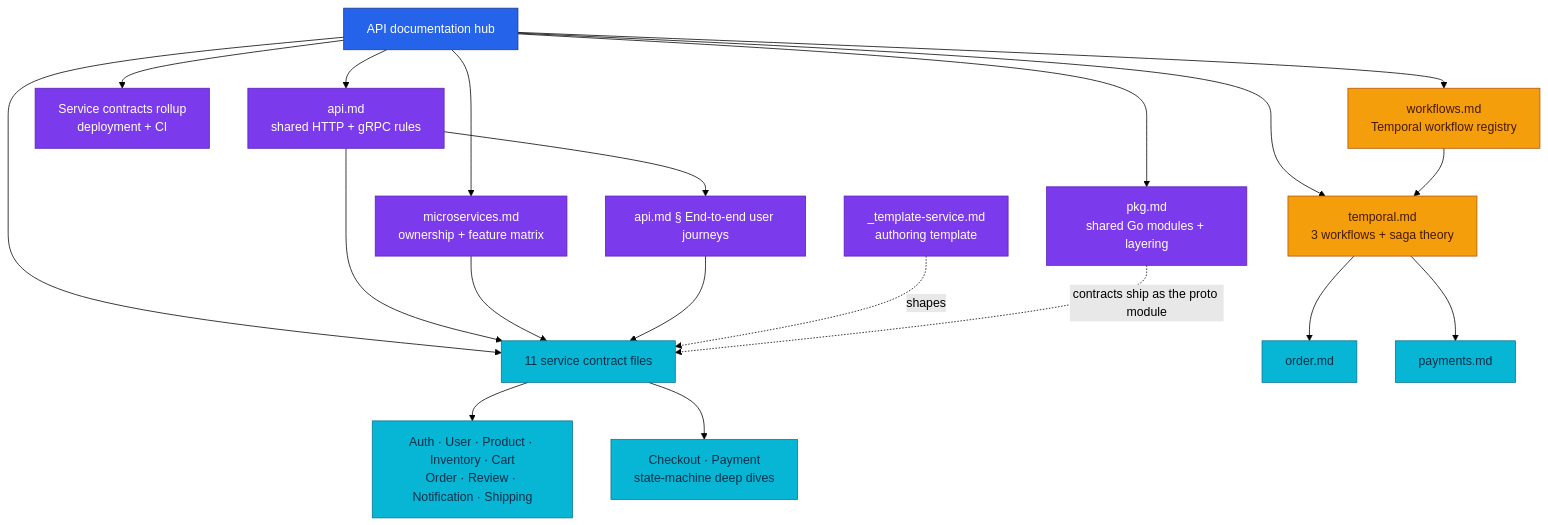
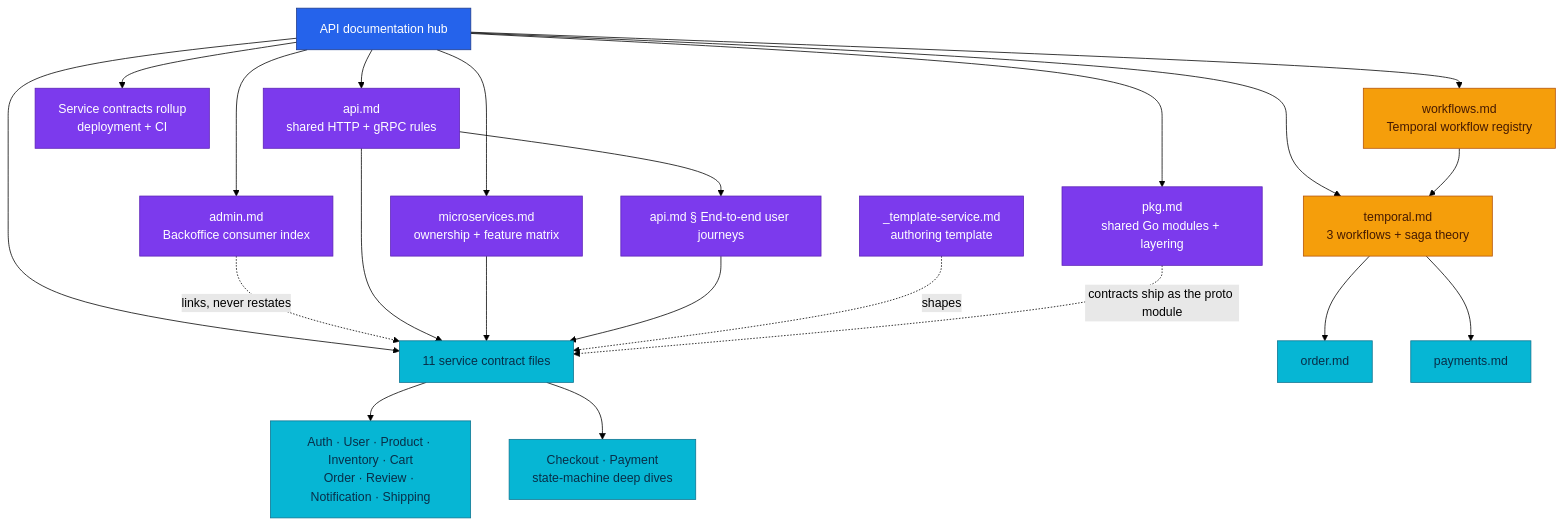
The diagram in docs/api/README.md (duynhlab/homelab), drawn with Mermaid (forest theme) before and after one commit. The commit also changed other lines of this file and 8 other files, not shown here.

````diff
--- a/docs/api/README.md
+++ b/docs/api/README.md
@@ -15,30 +15,32 @@
 ```mermaid
 flowchart TD
     Hub["API documentation hub"] --> Shared["api.md<br/>shared HTTP + gRPC rules"]
     Hub --> Rollup["Service contracts rollup<br/>deployment + CI"]
     Hub --> Catalog["microservices.md<br/>ownership + feature matrix"]
     Hub --> Contracts["11 service contract files"]
     Hub --> Workflows["workflows.md<br/>Temporal workflow registry"]
     Hub --> Saga["temporal.md<br/>3 workflows + saga theory"]
     Hub --> Pkg["pkg.md<br/>shared Go modules + layering"]
+    Hub --> Consumer["admin.md<br/>Backoffice consumer index"]
     Shared --> Journeys["api.md § End-to-end user journeys"]
     Contracts --> Basic["Auth · User · Product · Inventory · Cart<br/>Order · Review · Notification · Shipping"]
     Contracts --> Deep["Checkout · Payment<br/>state-machine deep dives"]
+    Consumer -.->|"links, never restates"| Contracts
     Shared --> Contracts
     Catalog --> Contracts
     Journeys --> Contracts
     Workflows --> Saga
     Template["_template-service.md<br/>authoring template"] -.->|"shapes"| Contracts
     Saga --> Order["order.md"]
     Saga --> Payment["payments.md"]
     Pkg -.->|"contracts ship as the proto module"| Contracts
 
     classDef hub fill:#2563eb,color:#fff,stroke:#1e3a8a;
     classDef guide fill:#7c3aed,color:#fff,stroke:#5b21b6;
     classDef contract fill:#06b6d4,color:#082f49,stroke:#0e7490;
     classDef workflow fill:#f59e0b,color:#451a03,stroke:#b45309;
     class Hub hub;
-    class Shared,Catalog,Rollup,Journeys,Template,Pkg guide;
+    class Shared,Catalog,Rollup,Journeys,Template,Pkg,Consumer guide;
     class Contracts,Basic,Deep,Order,Payment contract;
     class Saga,Workflows workflow;
 ```
````
